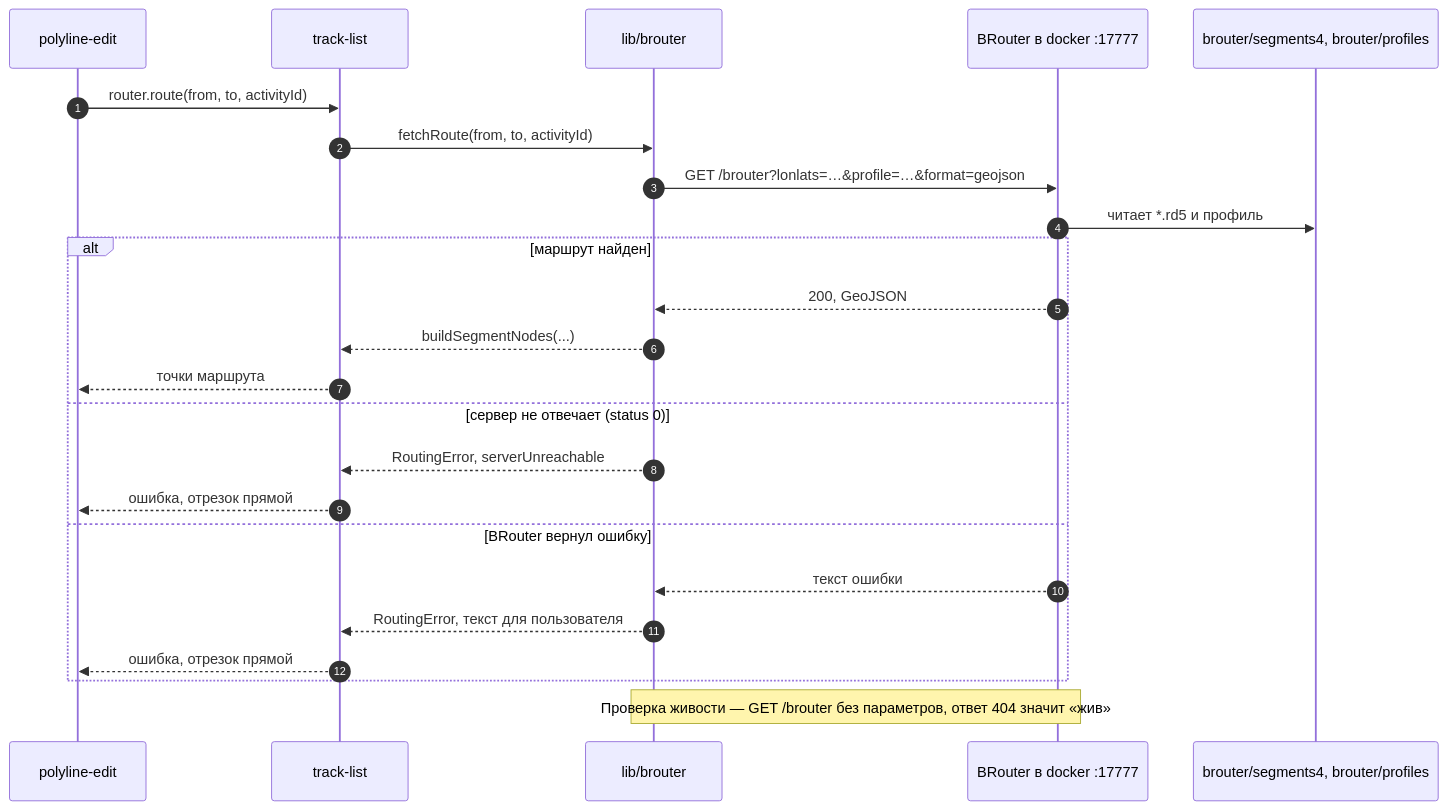
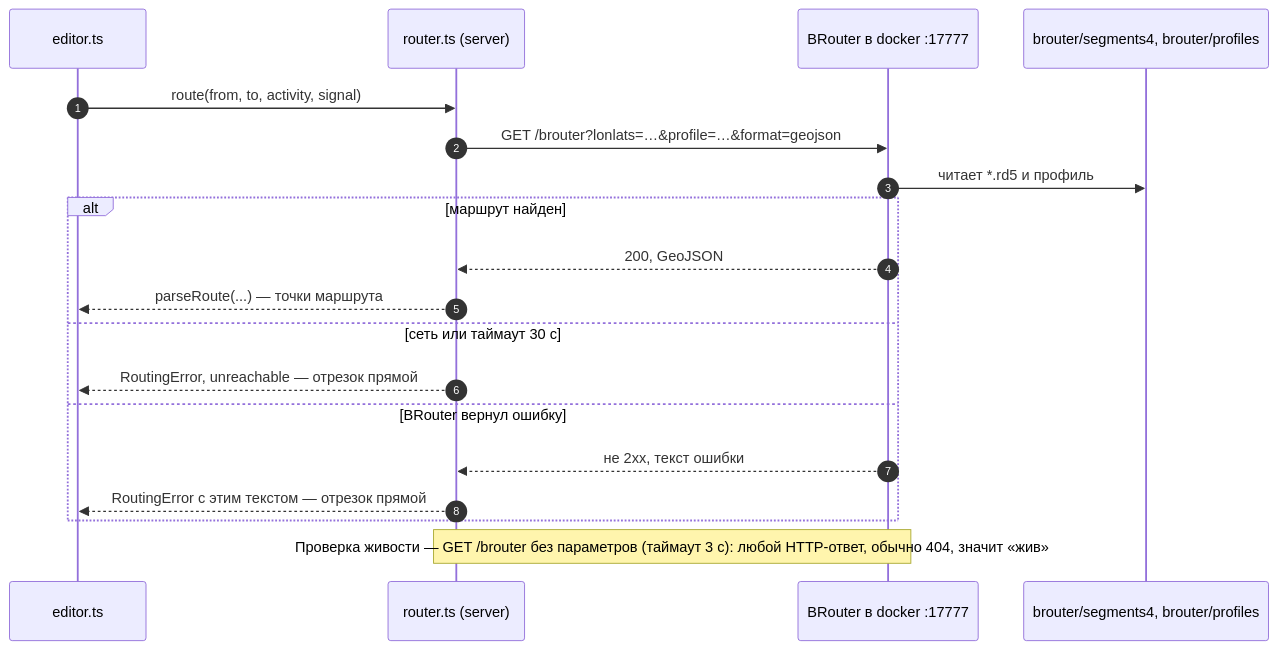
The first of 2 diagrams in docs/architecture/routing.md (sergeycw/nakarte), drawn with Mermaid before and after one commit. The commit also changed other lines of this file and 17 other files, not shown here.

````diff
--- a/docs/architecture/routing.md
+++ b/docs/architecture/routing.md
@@ -18,27 +20,22 @@
 ```mermaid
 sequenceDiagram
     autonumber
-    participant ED as polyline-edit
-    participant TL as track-list
-    participant BR as lib/brouter
+    participant ED as editor.ts
+    participant RT as router.ts (server)
     participant SRV as BRouter в docker :17777
     participant FS as brouter/segments4, brouter/profiles
 
-    ED->>TL: router.route(from, to, activityId)
-    TL->>BR: fetchRoute(from, to, activityId)
-    BR->>SRV: GET /brouter?lonlats=…&profile=…&format=geojson
+    ED->>RT: route(from, to, activity, signal)
+    RT->>SRV: GET /brouter?lonlats=…&profile=…&format=geojson
     SRV->>FS: читает *.rd5 и профиль
     alt маршрут найден
-        SRV-->>BR: 200, GeoJSON
-        BR-->>TL: buildSegmentNodes(...)
-        TL-->>ED: точки маршрута
-    else сервер не отвечает (status 0)
-        BR-->>TL: RoutingError, serverUnreachable
-        TL-->>ED: ошибка, отрезок прямой
+        SRV-->>RT: 200, GeoJSON
+        RT-->>ED: parseRoute(...) — точки маршрута
+    else сеть или таймаут 30 с
+        RT-->>ED: RoutingError, unreachable — отрезок прямой
     else BRouter вернул ошибку
-        SRV-->>BR: текст ошибки
-        BR-->>TL: RoutingError, текст для пользователя
-        TL-->>ED: ошибка, отрезок прямой
+        SRV-->>RT: не 2xx, текст ошибки
+        RT-->>ED: RoutingError с этим текстом — отрезок прямой
     end
-    Note over BR,SRV: Проверка живости — GET /brouter без параметров, ответ 404 значит «жив»
+    Note over RT,SRV: Проверка живости — GET /brouter без параметров (таймаут 3 с): любой HTTP-ответ, обычно 404, значит «жив»
 ```
````
